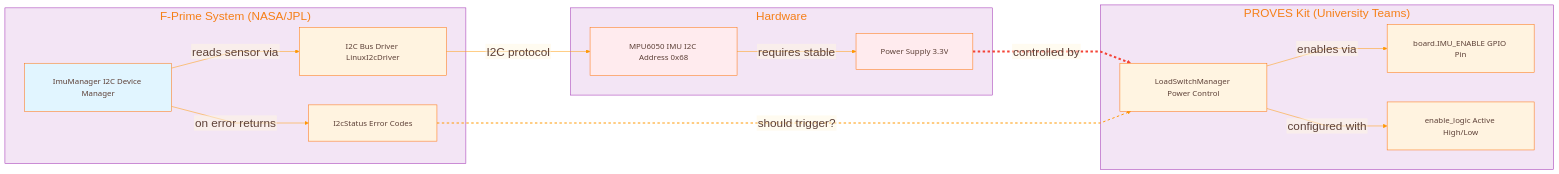
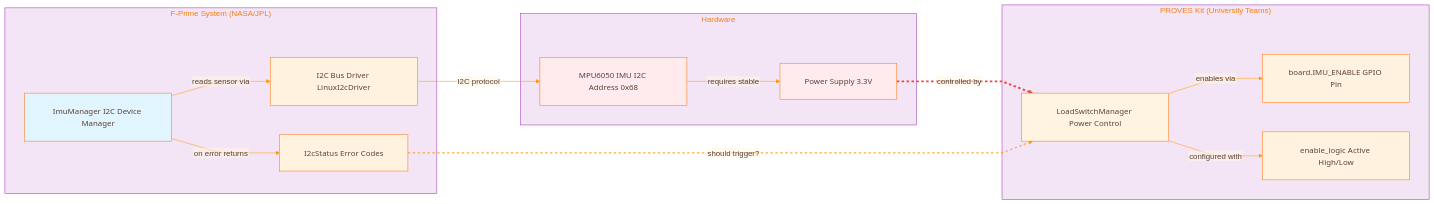
The first of 6 diagrams in docs/diagrams/cross-system.md (Lizo-RoadTown/PROVES_LIBRARY), drawn with Mermaid before and after one commit. The commit also changed other lines of this file and 6 other files, not shown here.

````diff
--- a/docs/diagrams/cross-system.md
+++ b/docs/diagrams/cross-system.md
@@ -60,7 +60,7 @@
 ---
 config:
   theme: base
-  fontSize: 20
+  fontSize: 16
   themeCSS: |
     .node rect, .cluster rect, .edgePath path { transition: filter 0.2s ease, stroke-width: 0.2s ease; }
     .node:hover rect, .cluster:hover rect, .edgePath:hover path { filter: drop-shadow(0 0 8px rgba(0,0,0,0.35)); stroke-width: 3px; }
@@ -80,7 +80,7 @@
     textColor: '#5D4037'
     lineColor: '#FF9800'
     fontFamily: '"Segoe UI", Tahoma, Geneva, Verdana, sans-serif'
-    fontSize: '24px'
+    fontSize: '16px'
     nodeBorder: '#FF6F00'
     mainBkg: '#FFF3E0'
     clusterBkg: '#F3E5F5'
@@ -136,7 +136,7 @@
     attributeBackgroundColorOdd: '#FFF8E1'
     attributeBackgroundColorEven: '#FFF3E0'
   gantt:
-    fontSize: 20
+    fontSize: 16
     barHeight: 24
     barGap: 6
     topPadding: 50
@@ -243,18 +243,21 @@
 ---
 flowchart LR
     subgraph "F-Prime System (NASA/JPL)"
+        spacer16[ ]:::spacer
         IM[ImuManager I2C Device Manager]
         I2C[I2C Bus Driver LinuxI2cDriver]
         STATUS[I2cStatus Error Codes]
     end
 
     subgraph "PROVES Kit (University Teams)"
+        spacer17[ ]:::spacer
         LSM[LoadSwitchManager Power Control]
         IMU_PIN[board.IMU_ENABLE GPIO Pin]
         LOGIC[enable_logic Active High/Low]
     end
 
     subgraph "Hardware"
+        spacer18[ ]:::spacer
         IMU_HW[MPU6050 IMU I2C Address 0x68]
         PWR[Power Supply 3.3V]
     end
@@ -279,4 +282,5 @@
     %% Font sizing classes for consistency
     classDef default font-size:16px,font-family:Segoe UI,Tahoma,Geneva,Verdana,sans-serif;
     classDef diamond font-size:14px,font-family:Segoe UI,Tahoma,Geneva,Verdana,sans-serif;
+    classDef spacer fill:none,stroke:none,color:transparent,width:1px,height:1px;
 ```
````
